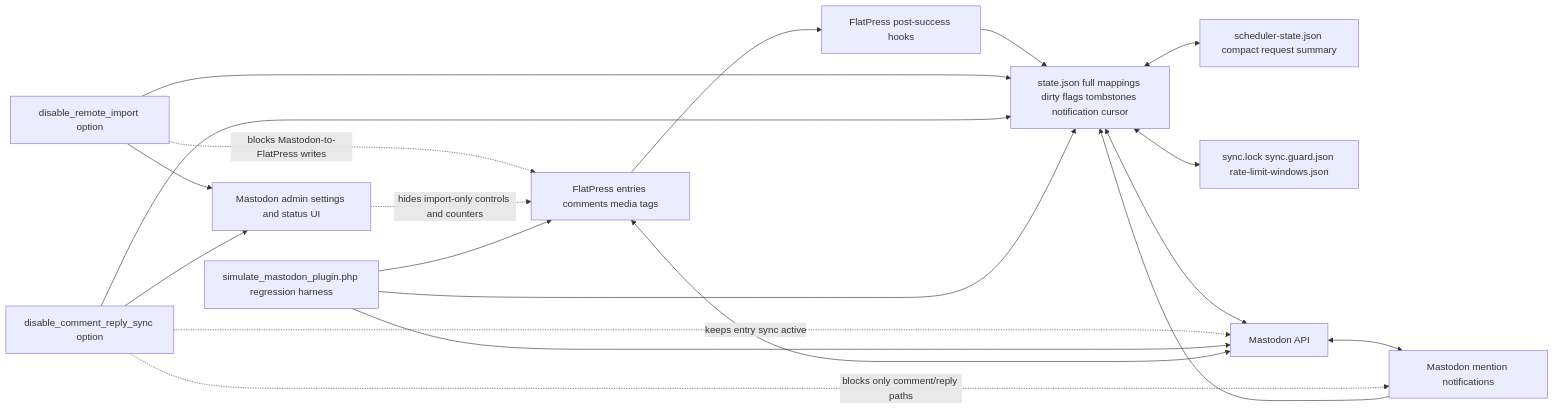
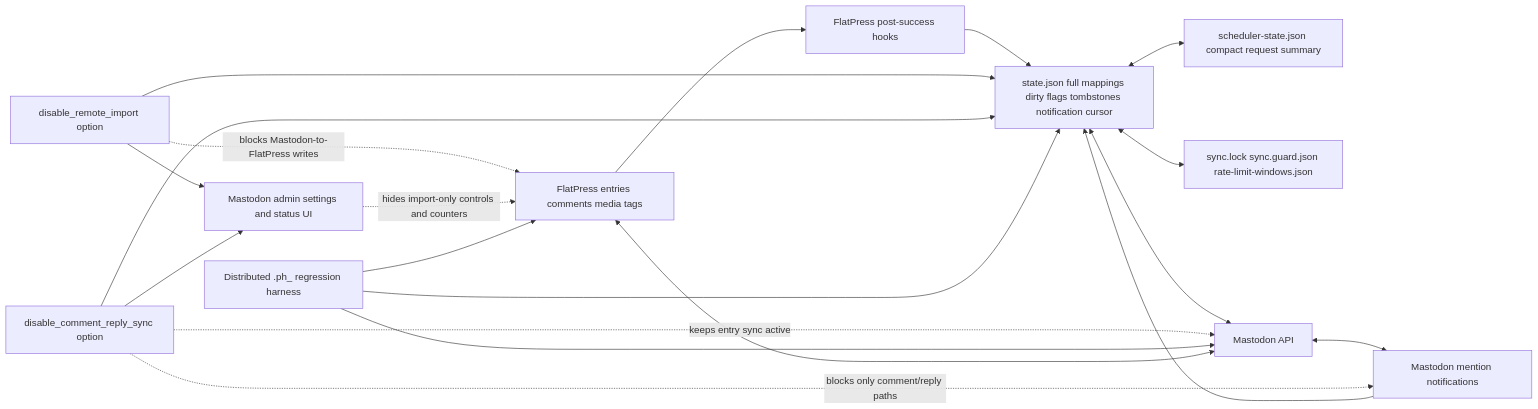
Before and after one commit to flatpressblog/flatpress: the diagram in fp-plugins/mastodon/developer-docs/00-Mental-Model.md, drawn with Mermaid. The commit also changed other lines of this file and 11 other files, not shown here.

````diff
--- a/fp-plugins/mastodon/developer-docs/00-Mental-Model.md
+++ b/fp-plugins/mastodon/developer-docs/00-Mental-Model.md
@@ -29,34 +31,34 @@
 ```mermaid
 flowchart LR
     FP[FlatPress entries comments media tags]
     Hooks[FlatPress post-success hooks]
     State[state.json full mappings dirty flags tombstones notification cursor]
     Scheduler[scheduler-state.json compact request summary]
     Guards[sync.lock sync.guard.json rate-limit-windows.json]
     Notifications[Mastodon mention notifications]
     API[Mastodon API]
-    Sim[simulate_mastodon_plugin.php regression harness]
+    Sim[Distributed .ph_ regression harness]
     AdminUI[Mastodon admin settings and status UI]
 
     FP --> Hooks
     Hooks --> State
     State <--> Scheduler
     State <--> Guards
     State <--> API
     API <--> Notifications
     Notifications --> State
     OneWay[disable_remote_import option]
     CommentReplyGate[disable_comment_reply_sync option]
     API <--> FP
     OneWay --> State
     OneWay --> AdminUI
     OneWay -. blocks Mastodon-to-FlatPress writes .-> FP
     CommentReplyGate --> State
     CommentReplyGate --> AdminUI
     CommentReplyGate -. blocks only comment/reply paths .-> Notifications
     CommentReplyGate -. keeps entry sync active .-> API
     AdminUI -. hides import-only controls and counters .-> FP
     Sim --> FP
     Sim --> State
     Sim --> API
 ```
````
